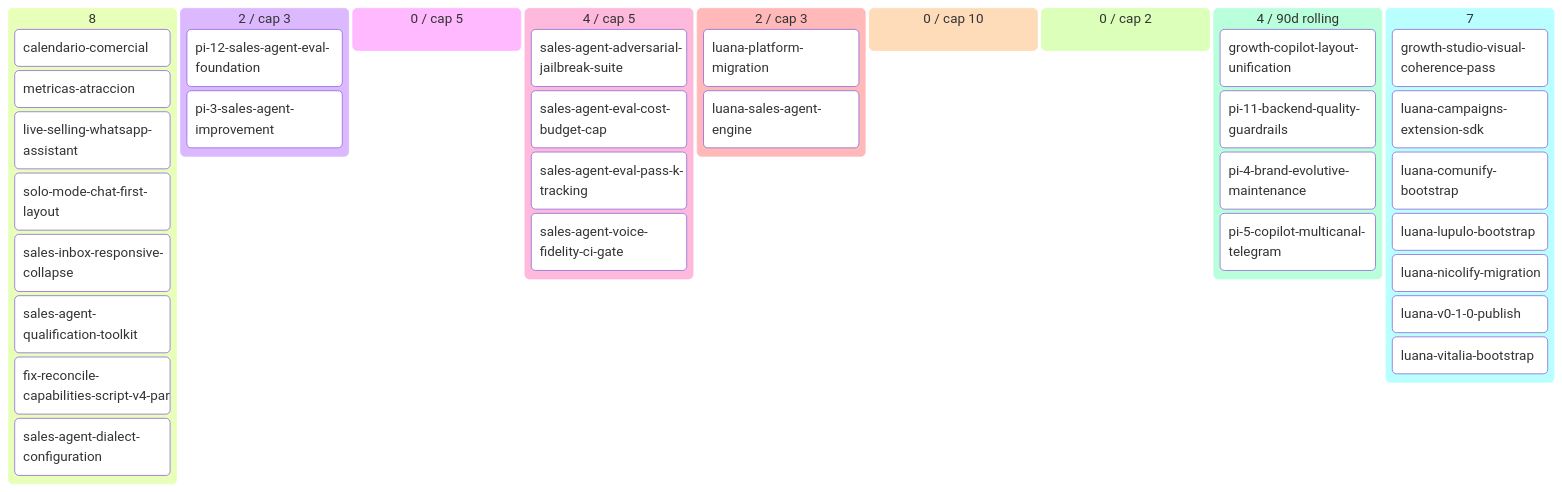
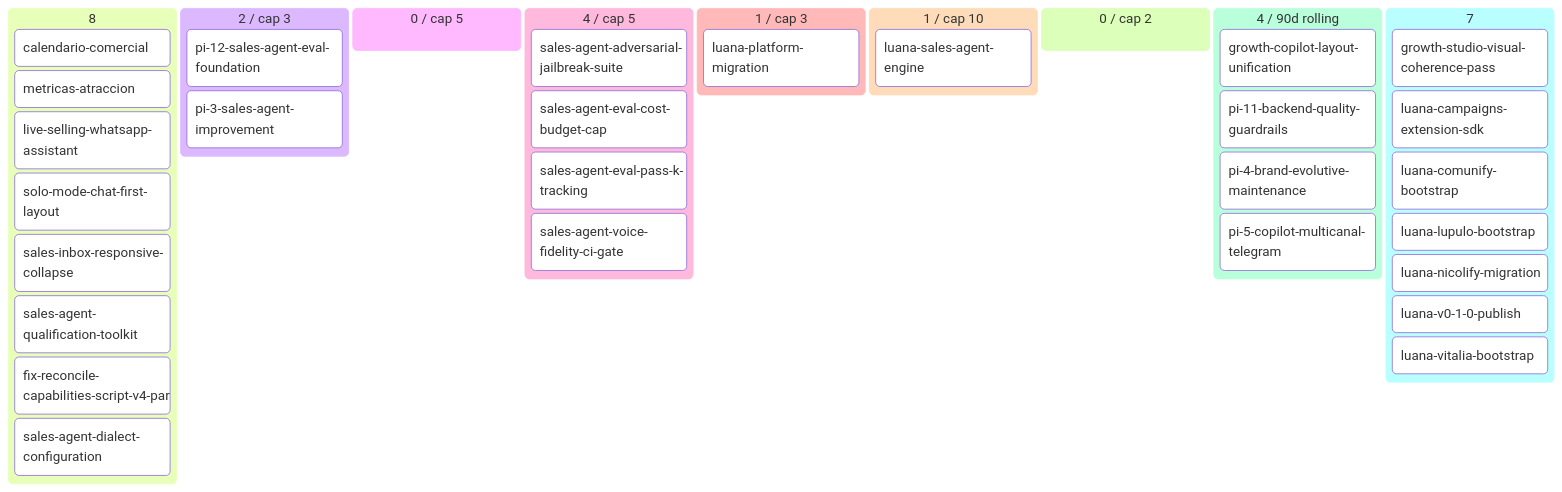
The diagram in docs/product/BACKLOG.md (alpacapurpura/ap_sales_agent), drawn with Mermaid before and after one commit. The commit also changed other lines of this file and 11 other files, not shown here.

````diff
--- a/docs/product/BACKLOG.md
+++ b/docs/product/BACKLOG.md
@@ -65,39 +64,39 @@
 ```mermaid
 kanban
   💡 Ideas (8)
     calendario-comercial[calendario-comercial]
     metricas-atraccion[metricas-atraccion]
     live-selling-whatsapp-assistan[live-selling-whatsapp-assistant]
     solo-mode-chat-first-layout[solo-mode-chat-first-layout]
     sales-inbox-responsive-collaps[sales-inbox-responsive-collapse]
     sales-agent-qualification-tool[sales-agent-qualification-toolkit]
     fix-reconcile-capabilities-scr[fix-reconcile-capabilities-script-v4-par]
     sales-agent-dialect-configurat[sales-agent-dialect-configuration]
   🔬 Refining (2 / cap 3)
     pi-12-sales-agent-eval-foundat[pi-12-sales-agent-eval-foundation]
     pi-3-sales-agent-improvement[pi-3-sales-agent-improvement]
   ✅ Refined (0 / cap 5)
   📦 Ready (4 / cap 5)
     sales-agent-adversarial-jailbr[sales-agent-adversarial-jailbreak-suite]
     sales-agent-eval-cost-budget-c[sales-agent-eval-cost-budget-cap]
     sales-agent-eval-pass-k-tracki[sales-agent-eval-pass-k-tracking]
     sales-agent-voice-fidelity-ci-[sales-agent-voice-fidelity-ci-gate]
-  🔨 Developing (2 / cap 3)
+  🔨 Developing (1 / cap 3)
     luana-platform-migration[luana-platform-migration]
+  🧪 Developed (1 / cap 10)
     luana-sales-agent-engine[luana-sales-agent-engine]
-  🧪 Developed (0 / cap 10)
   🔍 Reviewing (0 / cap 2)
   ✅ Done (4 / 90d rolling)
     growth-copilot-layout-unificat[growth-copilot-layout-unification]
     pi-11-backend-quality-guardrai[pi-11-backend-quality-guardrails]
     pi-4-brand-evolutive-maintenan[pi-4-brand-evolutive-maintenance]
     pi-5-copilot-multicanal-telegr[pi-5-copilot-multicanal-telegram]
   🅿 Parked (7)
     growth-studio-visual-coherence[growth-studio-visual-coherence-pass]
     luana-campaigns-extension-sdk[luana-campaigns-extension-sdk]
     luana-comunify-bootstrap[luana-comunify-bootstrap]
     luana-lupulo-bootstrap[luana-lupulo-bootstrap]
     luana-nicolify-migration[luana-nicolify-migration]
     luana-v0-1-0-publish[luana-v0-1-0-publish]
     luana-vitalia-bootstrap[luana-vitalia-bootstrap]
 ```
````
